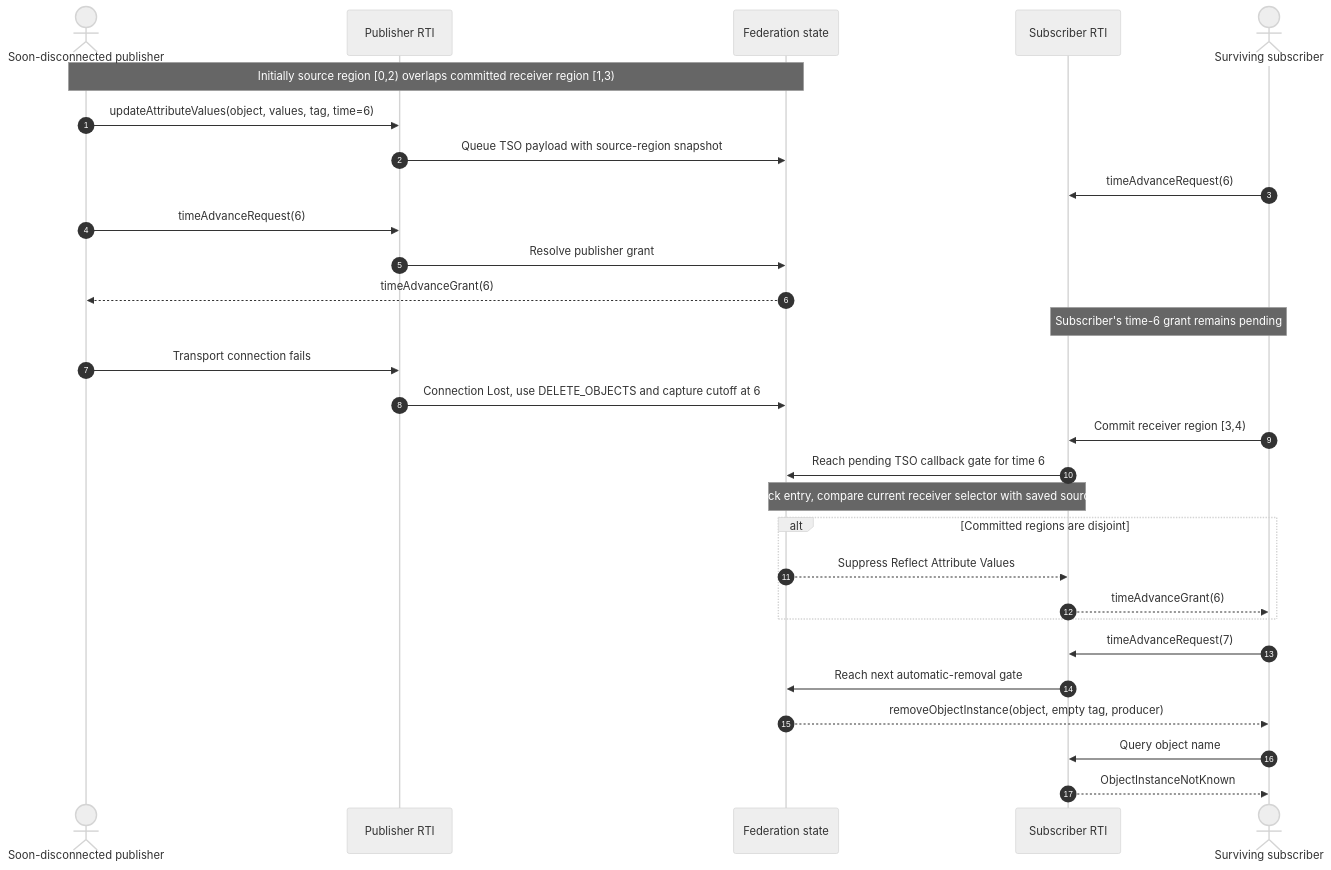
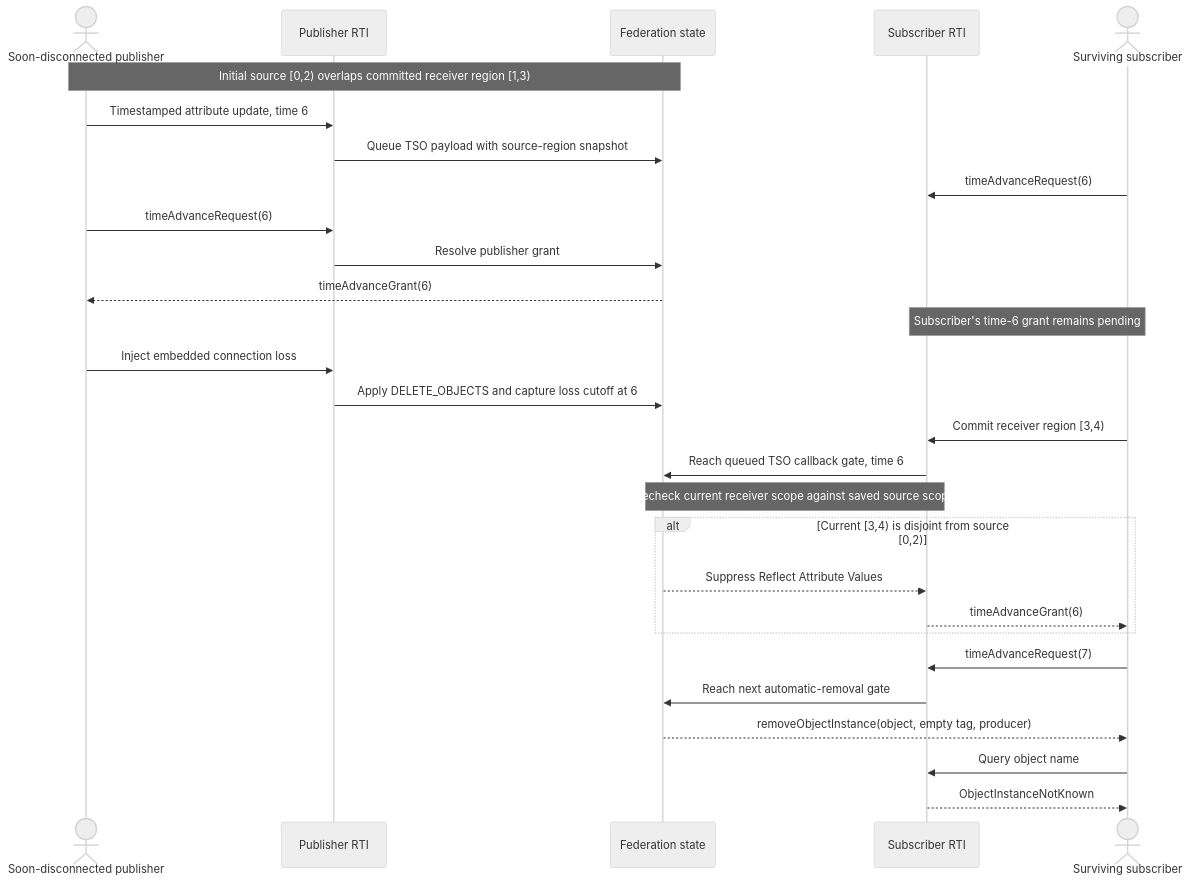
One commit to sheepfling/umbra changed diagram 19 of 20 in docs/design/HLA-2025-DATA-DISTRIBUTION-AND-REGIONS-FLOW-GUIDE.md. Above: the diagram before and after it, drawn with Mermaid (neutral theme). The commit also changed other lines of this file and 822 other files, not shown here.

````diff
--- a/docs/design/HLA-2025-DATA-DISTRIBUTION-AND-REGIONS-FLOW-GUIDE.md
+++ b/docs/design/HLA-2025-DATA-DISTRIBUTION-AND-REGIONS-FLOW-GUIDE.md
@@ -385,32 +1412,31 @@
 ```mermaid
 sequenceDiagram
-  autonumber
   actor Publisher as Soon-disconnected publisher
   participant PRTI as Publisher RTI
   participant Registry as Federation state
   participant SRTI as Subscriber RTI
   actor Subscriber as Surviving subscriber
 
-  Note over Publisher,Registry: Initially source region [0,2) overlaps committed receiver region [1,3)
-  Publisher->>PRTI: updateAttributeValues(object, values, tag, time=6)
+  Note over Publisher,Registry: Initial source [0,2) overlaps committed receiver region [1,3)
+  Publisher->>PRTI: Timestamped attribute update, time 6
   PRTI->>Registry: Queue TSO payload with source-region snapshot
   Subscriber->>SRTI: timeAdvanceRequest(6)
   Publisher->>PRTI: timeAdvanceRequest(6)
   PRTI->>Registry: Resolve publisher grant
   Registry-->>Publisher: timeAdvanceGrant(6)
   Note over SRTI,Subscriber: Subscriber's time-6 grant remains pending
-  Publisher->>PRTI: Transport connection fails
-  PRTI->>Registry: Connection Lost, use DELETE_OBJECTS and capture cutoff at 6
+  Publisher->>PRTI: Inject embedded connection loss
+  PRTI->>Registry: Apply DELETE_OBJECTS and capture loss cutoff at 6
   Subscriber->>SRTI: Commit receiver region [3,4)
-  SRTI->>Registry: Reach pending TSO callback gate for time 6
-  Note over Registry,SRTI: At callback entry, compare current receiver selector with saved source scope
-  alt Committed regions are disjoint
+  SRTI->>Registry: Reach queued TSO callback gate, time 6
+  Note over Registry,SRTI: Recheck current receiver scope against saved source scope
+  alt Current [3,4) is disjoint from source [0,2)
     Registry-->>SRTI: Suppress Reflect Attribute Values
     SRTI-->>Subscriber: timeAdvanceGrant(6)
   end
   Subscriber->>SRTI: timeAdvanceRequest(7)
   SRTI->>Registry: Reach next automatic-removal gate
   Registry-->>Subscriber: removeObjectInstance(object, empty tag, producer)
   Subscriber->>SRTI: Query object name
   SRTI-->>Subscriber: ObjectInstanceNotKnown
 ```
````
